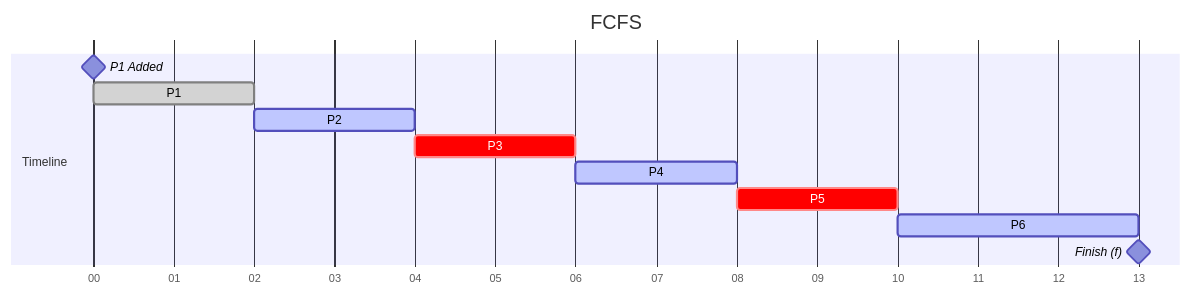
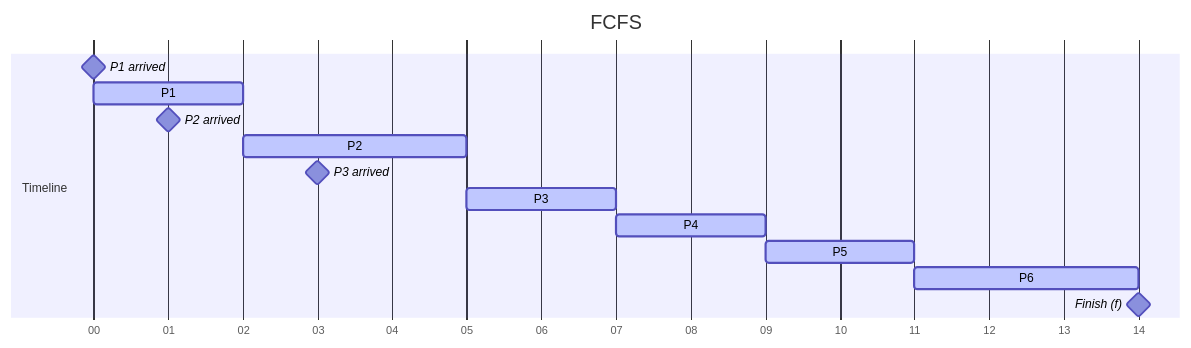
One commit to leanhvu21042001/LT.K2025.2-CNTT changed the third of 3 diagrams in uit/courses/IT007/elearning/IT007-elearning-ch04.md. Above: the diagram before and after it, drawn with Mermaid.

````diff
--- a/uit/courses/IT007/elearning/IT007-elearning-ch04.md
+++ b/uit/courses/IT007/elearning/IT007-elearning-ch04.md
@@ -302,22 +302,24 @@
 ```mermaid
 ---
 config:
   theme: default
   themeVariables:
     fontFamily: "Iosevka"
 ---
 gantt
     title FCFS
     dateFormat S
     axisFormat %S
 
     section Timeline
-    P1 Added : milestone, m1, 1, 0s
-    P1        : done, w1, after m1, 2s
-    P2        : active, p1, after w1, 2s
-    P3         : crit, g1, after p1, 2s
+    P1 arrived : milestone, m1, 0, 0s
+    P1        : active, w1, after m1, 2s
+    P2 arrived : milestone, m2, after m1, 2s
+    P2        : active, p1, after w1, 3s
+    P3 arrived : milestone, m3, after m2, 2s
+    P3         : active, g1, after p1, 2s
     P4      : active, p2, after g1, 2s
-    P5       : crit, g2, after p2, 2s
+    P5       : active, g2, after p2, 2s
     P6      : active, p3, after g2, 3s
-    Finish (f)  : milestone, m2, after p3, 0s
+    Finish (f)  : milestone, f1, after p3, 0s
 ```
````
